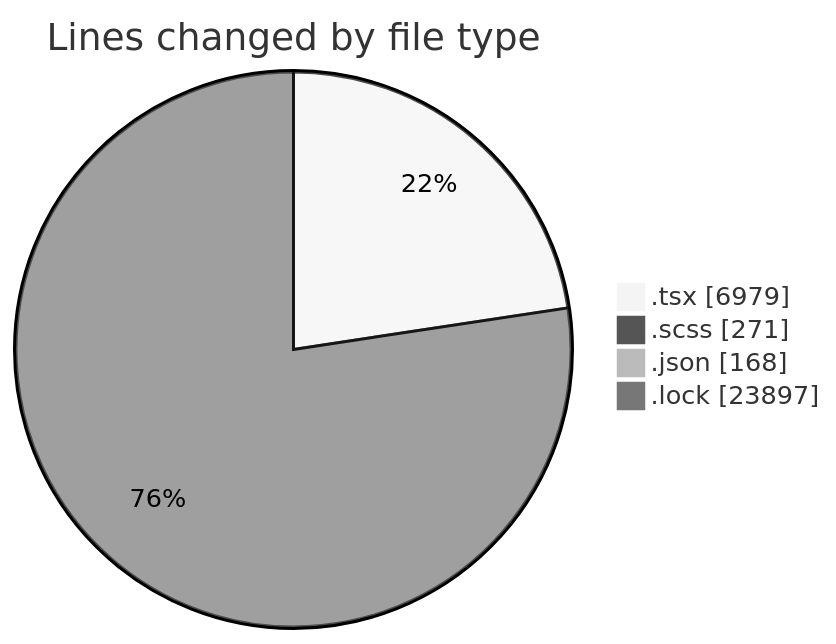
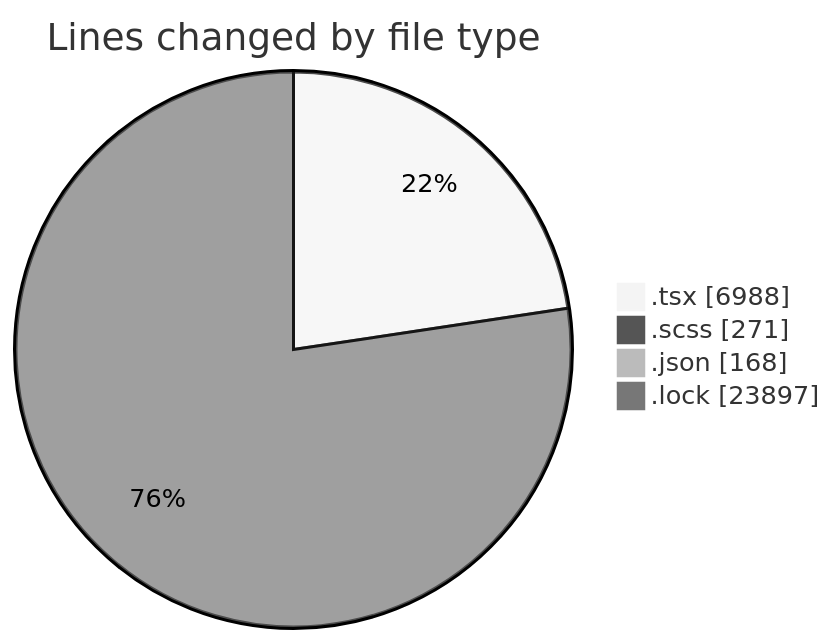
Before and after one commit to momahboobian/code-tracking: the first of 2 diagrams in 2025-11-18/cda/README.md, drawn with Mermaid (neutral theme). The commit also changed other lines of this file and 1 other file, not shown here.

````diff
--- a/2025-11-18/cda/README.md
+++ b/2025-11-18/cda/README.md
@@ -34,8 +34,8 @@
 ```mermaid
 pie showData
 title Lines changed by file type
-".tsx" : 6979
+".tsx" : 6988
 ".scss" : 271
 ".json" : 168
 ".lock" : 23897
 ```
````
